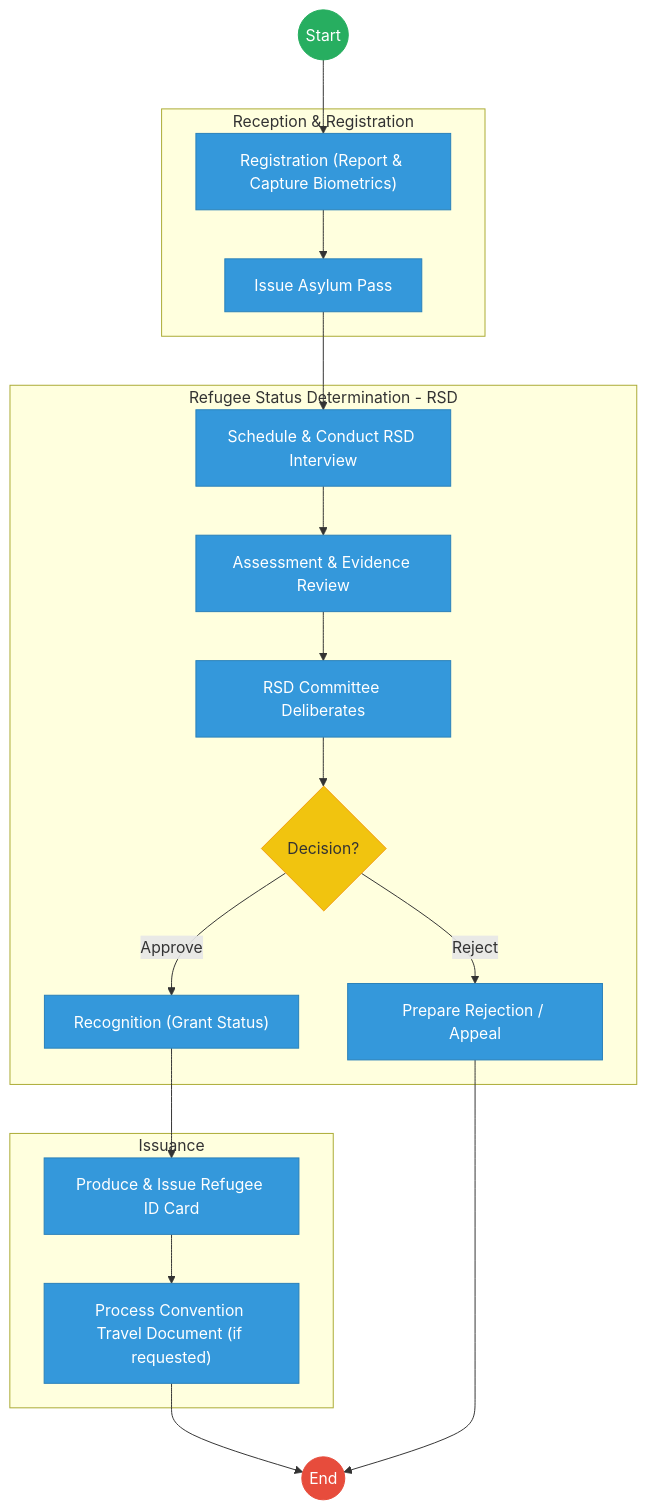
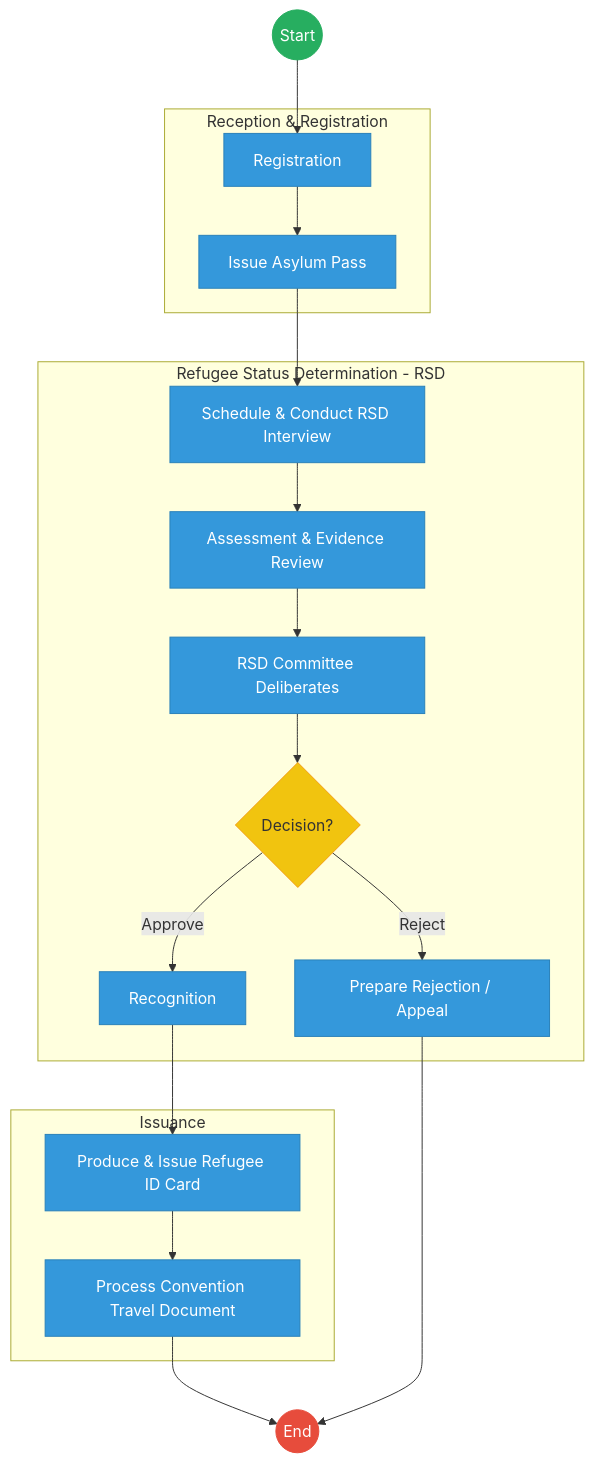
One commit to BITZ-IT-Consulting-LTD/ictapoc changed the first of 2 diagrams in mdas/docs_final/priority_mdas/_REFUGEE_SERVICES___Service_Delivery.md. Above: the diagram before and after it, drawn with Mermaid. The commit also changed other lines of this file and 102 other files, not shown here.

````diff
--- a/mdas/docs_final/priority_mdas/_REFUGEE_SERVICES___Service_Delivery.md
+++ b/mdas/docs_final/priority_mdas/_REFUGEE_SERVICES___Service_Delivery.md
@@ -21,35 +21,35 @@
 ```mermaid
 graph TD
-    Start((Start)) --> Reg["Registration (Report & Capture Biometrics)"]
+    Start((Start)) --> Reg["Registration "]
     
     subgraph Reception [Reception & Registration]
         Reg --> Pass["Issue Asylum Pass"]
     end
     
     subgraph Determination [Refugee Status Determination - RSD]
         Pass --> Interview["Schedule & Conduct RSD Interview"]
         Interview --> Assess["Assessment & Evidence Review"]
         Assess --> RSDComm["RSD Committee Deliberates"]
         RSDComm --> Decision{"Decision?"}
         
         Decision -- "Reject" --> Reject["Prepare Rejection / Appeal"]
-        Decision -- "Approve" --> Recog["Recognition (Grant Status)"]
+        Decision -- "Approve" --> Recog["Recognition "]
     end
     
     subgraph Documentation [Issuance]
         Recog --> IDCard["Produce & Issue Refugee ID Card"]
-        IDCard --> TravelDoc["Process Convention Travel Document (if requested)"]
+        IDCard --> TravelDoc["Process Convention Travel Document "]
     end
     
     TravelDoc --> End((End))
     Reject --> End
 
     classDef start fill:#27ae60,stroke:#27ae60,color:#fff;
     classDef endNode fill:#e74c3c,stroke:#e74c3c,color:#fff;
     classDef userTask fill:#3498db,stroke:#2980b9,color:#fff;
     classDef gateway fill:#f1c40f,stroke:#f39c12,color:#333;
     class Start start;
     class End endNode;
     class Decision gateway;
     class Reg,Pass,Interview,Assess,RSDComm,Reject,Recog,IDCard,TravelDoc userTask;
 ```
````
